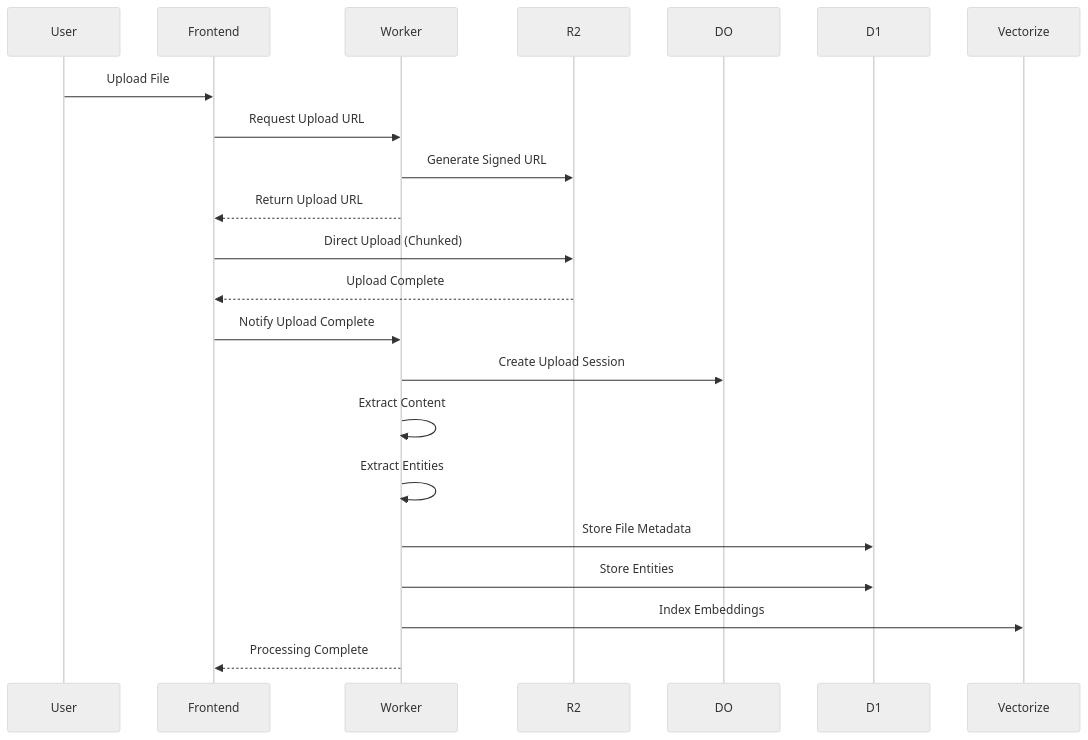
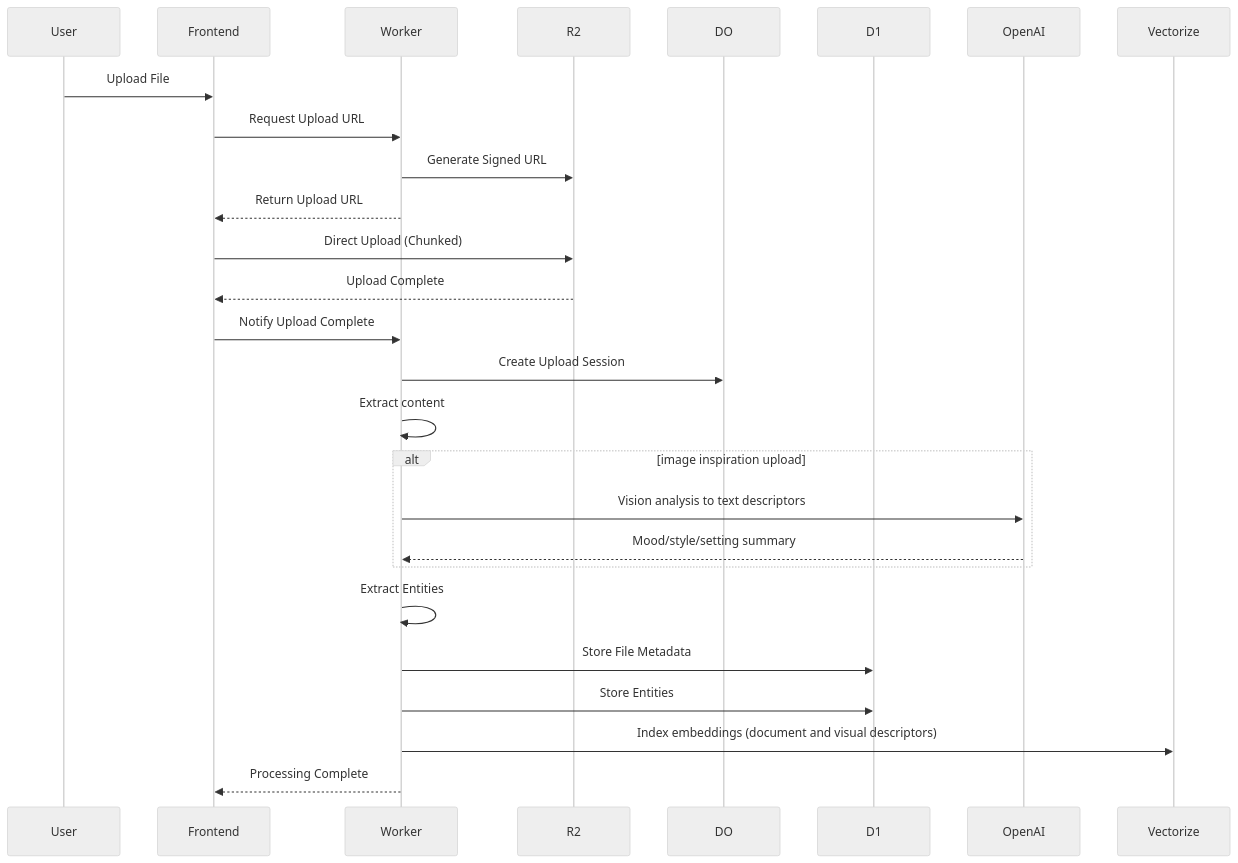
The second of 7 diagrams in docs/ARCHITECTURE.md (ofisk/loresmith-ai), drawn with Mermaid (neutral theme) before and after one commit. The commit also changed other lines of this file and 12 other files, not shown here.

First line of the commit message:
Add media inspiration tools and vision-based indexing support. (#431)

````diff
--- a/docs/ARCHITECTURE.md
+++ b/docs/ARCHITECTURE.md
@@ -151,24 +151,30 @@
 ```mermaid
 sequenceDiagram
     participant User
     participant Frontend
     participant Worker
     participant R2
     participant DO
     participant D1
+    participant OpenAI
+    participant Vectorize
 
     User->>Frontend: Upload File
     Frontend->>Worker: Request Upload URL
     Worker->>R2: Generate Signed URL
     Worker-->>Frontend: Return Upload URL
     Frontend->>R2: Direct Upload (Chunked)
     R2-->>Frontend: Upload Complete
     Frontend->>Worker: Notify Upload Complete
     Worker->>DO: Create Upload Session
-    Worker->>Worker: Extract Content
+    Worker->>Worker: Extract content
+    alt image inspiration upload
+        Worker->>OpenAI: Vision analysis to text descriptors
+        OpenAI-->>Worker: Mood/style/setting summary
+    end
     Worker->>Worker: Extract Entities
     Worker->>D1: Store File Metadata
     Worker->>D1: Store Entities
-    Worker->>Vectorize: Index Embeddings
+    Worker->>Vectorize: Index embeddings (document and visual descriptors)
     Worker-->>Frontend: Processing Complete
 ```
````
